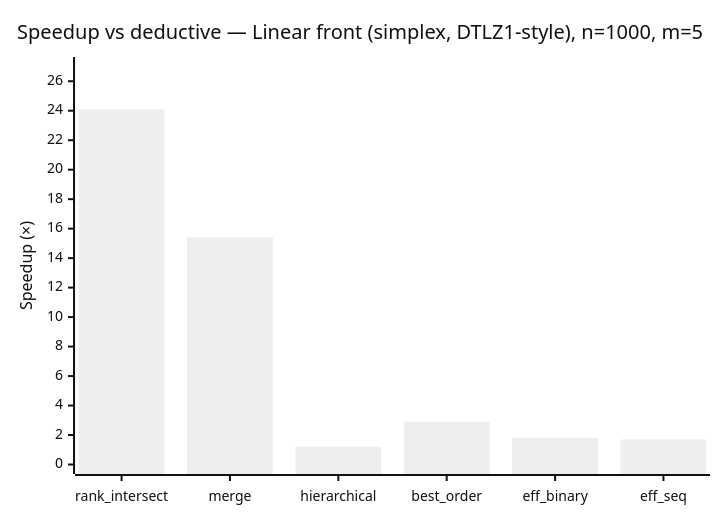
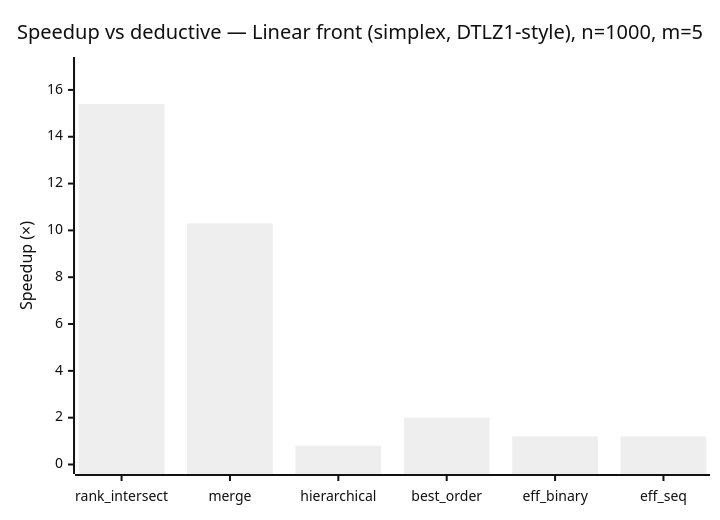
One commit to foolnotion/ndsort changed the second of 8 diagrams in BENCHMARKS.md. Above: the diagram before and after it, drawn with Mermaid (neutral theme). The commit also changed other lines of this file and 4 other files, not shown here.

````diff
--- a/BENCHMARKS.md
+++ b/BENCHMARKS.md
@@ -75,7 +72,7 @@
 ```mermaid
 xychart-beta
     title "Speedup vs deductive — Linear front (simplex, DTLZ1-style), n=1000, m=5"
     x-axis ["rank_intersect", "merge", "hierarchical", "best_order", "eff_binary", "eff_seq"]
-    y-axis "Speedup (×)" 0 --> 27
-    bar [24.1, 15.4, 1.2, 2.9, 1.8, 1.7]
+    y-axis "Speedup (×)" 0 --> 17
+    bar [15.4, 10.3, 0.8, 2.0, 1.2, 1.2]
 ```
````
